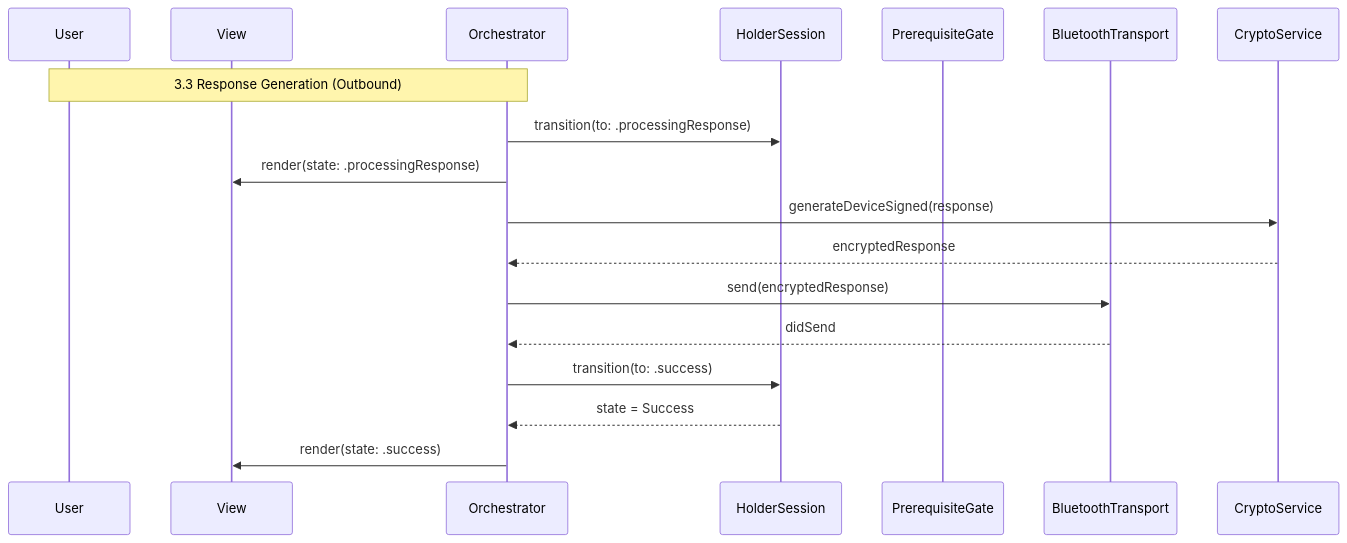
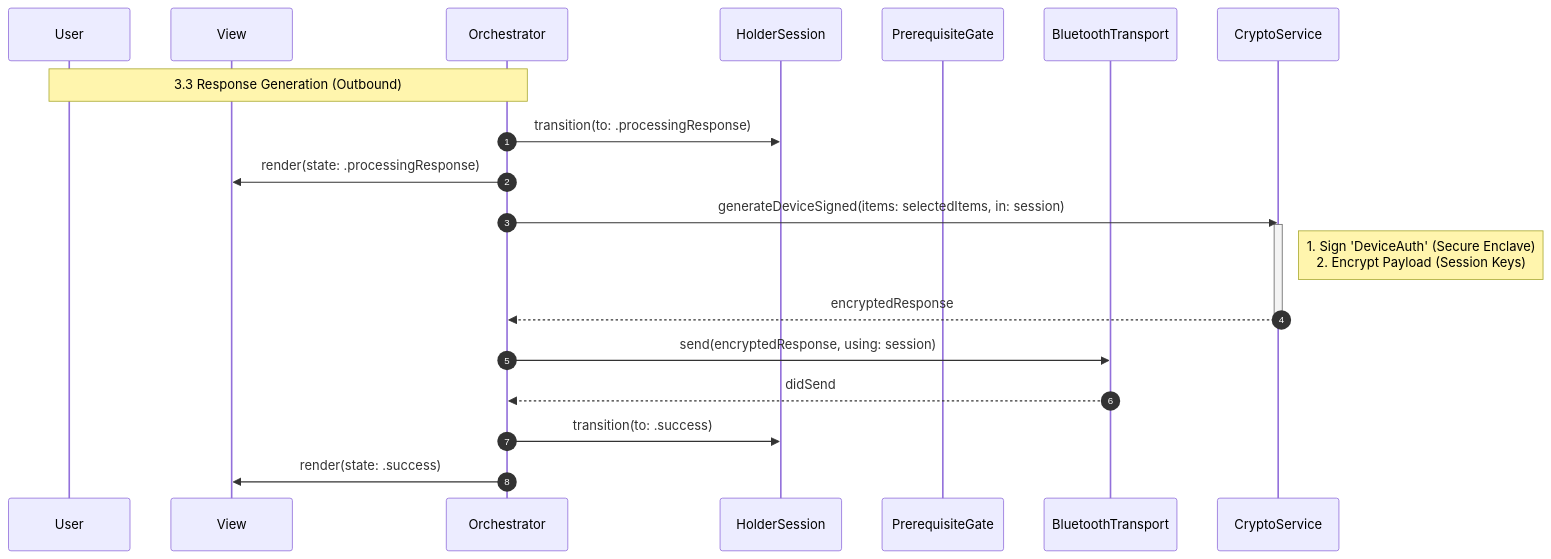
One commit to govuk-one-login/mobile-credential-sharing-docs changed the sixth of 7 diagrams in holder-solution-architecture.md. Above: the diagram before and after it, drawn with Mermaid. The commit also changed other lines of this file, not shown here.

First line of the commit message:
HolderSession owns resources, not just state.

````diff
--- a/holder-solution-architecture.md
+++ b/holder-solution-architecture.md
@@ -358,20 +518,29 @@
 ```mermaid
 sequenceDiagram
+    autonumber
+
     participant User
     participant UI as View
     participant OR as Orchestrator
     participant HS as HolderSession
     participant PG as PrerequisiteGate
     participant BLE as BluetoothTransport
     participant CRY as CryptoService
+
     Note over User, OR: 3.3 Response Generation (Outbound)
-    OR ->> HS: transition(to: .processingResponse)
-    OR ->> UI: render(state: .processingResponse)
-    OR ->> CRY: generateDeviceSigned(response)
-    CRY -->> OR: encryptedResponse
-    OR ->> BLE: send(encryptedResponse)
-    BLE -->> OR: didSend
-    OR ->> HS: transition(to: .success)
-    HS -->> OR: state = Success
-    OR ->> UI: render(state: .success)
+
+    OR->>HS: transition(to: .processingResponse)
+    OR->>UI: render(state: .processingResponse)
+
+    OR->>CRY: generateDeviceSigned(items: selectedItems, in: session)
+    activate CRY
+    Note right of CRY: 1. Sign 'DeviceAuth' (Secure Enclave)<br/>2. Encrypt Payload (Session Keys)
+    CRY-->>OR: encryptedResponse
+    deactivate CRY
+
+    OR->>BLE: send(encryptedResponse, using: session)
+    BLE-->>OR: didSend
+
+    OR->>HS: transition(to: .success)
+    OR->>UI: render(state: .success)
 ```
````
